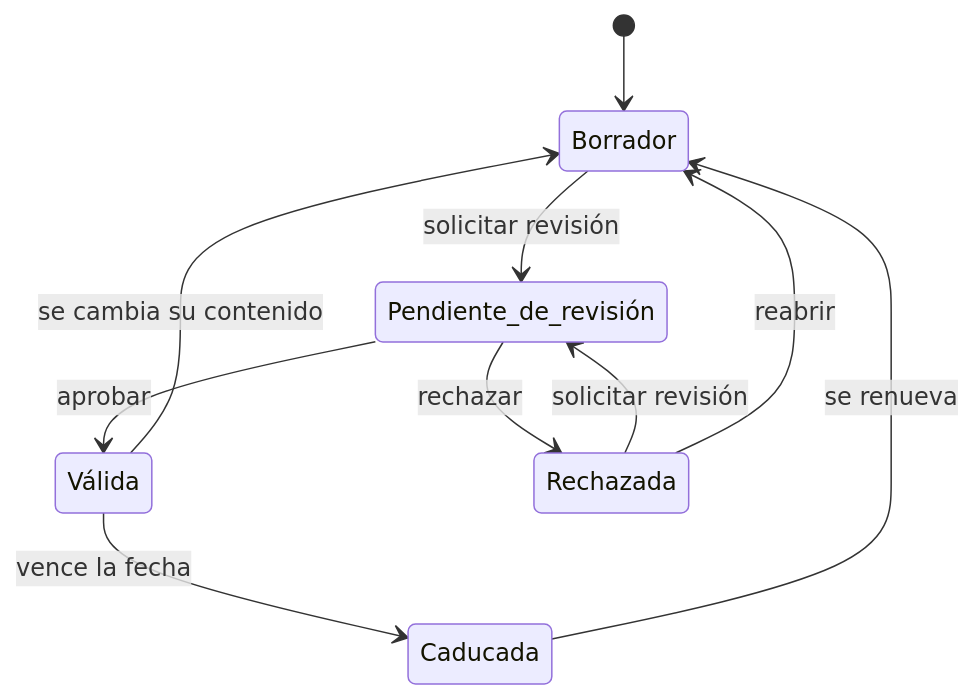
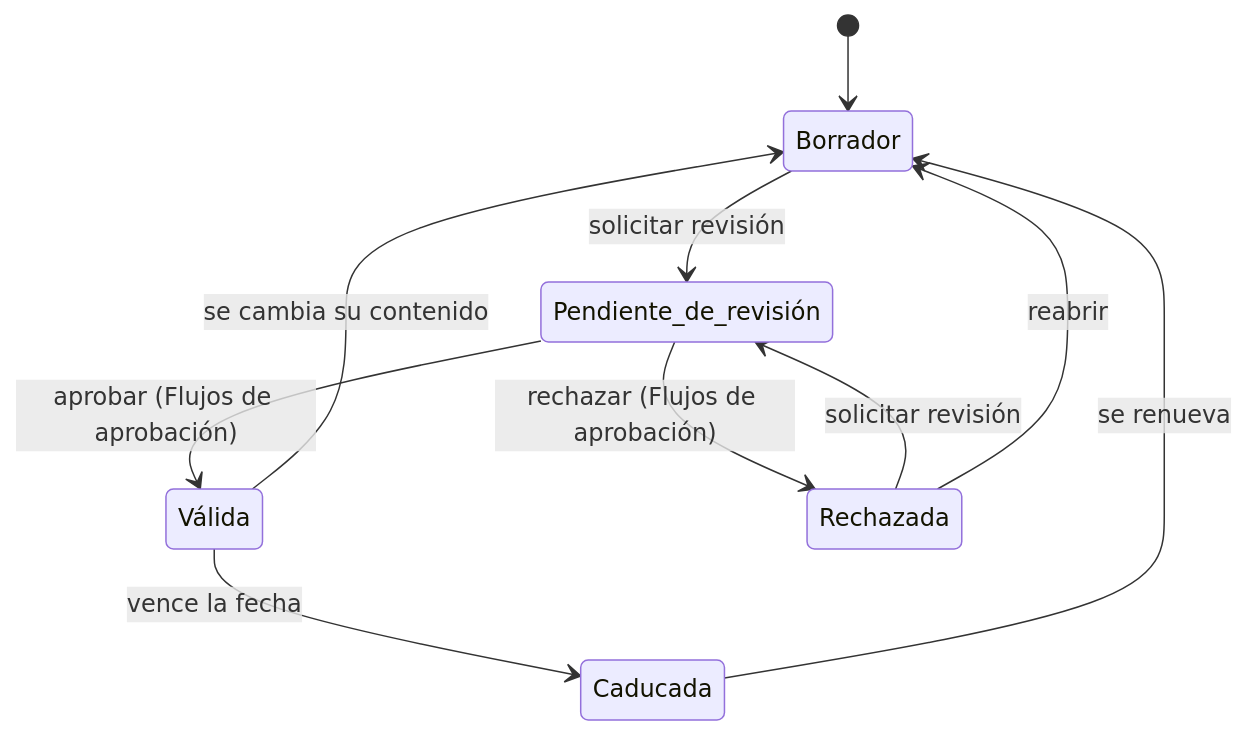
The diagram in docs/negocio/biblioteca-evidencias.md (albarracingarciap/fluxion-saas), drawn with Mermaid before and after one commit. The commit also changed other lines of this file and 37 other files, not shown here.

````diff
--- a/docs/negocio/biblioteca-evidencias.md
+++ b/docs/negocio/biblioteca-evidencias.md
@@ -71,12 +77,12 @@
 ```mermaid
 stateDiagram-v2
   [*] --> Borrador
   Borrador --> Pendiente_de_revisión: solicitar revisión
-  Pendiente_de_revisión --> Válida: aprobar
-  Pendiente_de_revisión --> Rechazada: rechazar
+  Pendiente_de_revisión --> Válida: aprobar (Flujos de aprobación)
+  Pendiente_de_revisión --> Rechazada: rechazar (Flujos de aprobación)
   Rechazada --> Pendiente_de_revisión: solicitar revisión
   Rechazada --> Borrador: reabrir
   Válida --> Caducada: vence la fecha
   Válida --> Borrador: se cambia su contenido
   Caducada --> Borrador: se renueva
 ```
````
